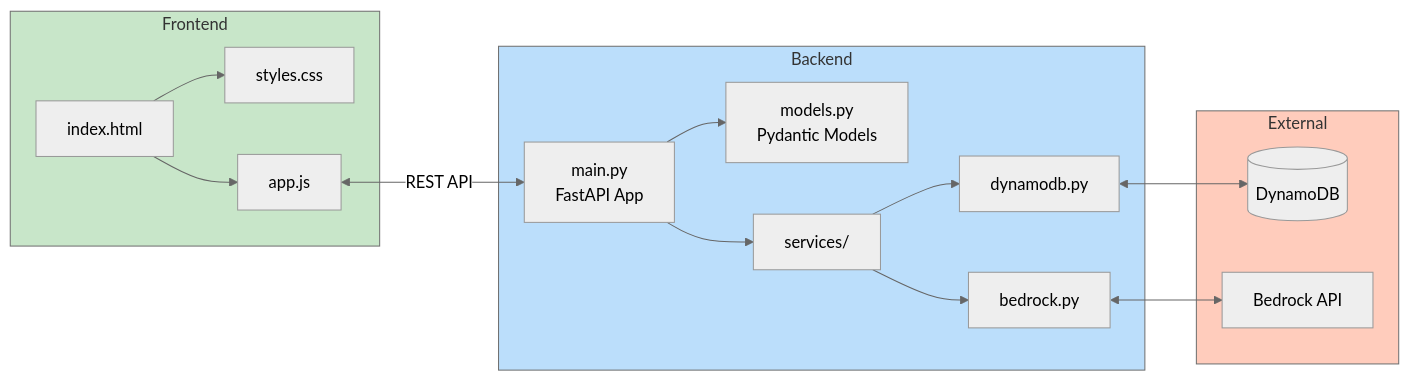
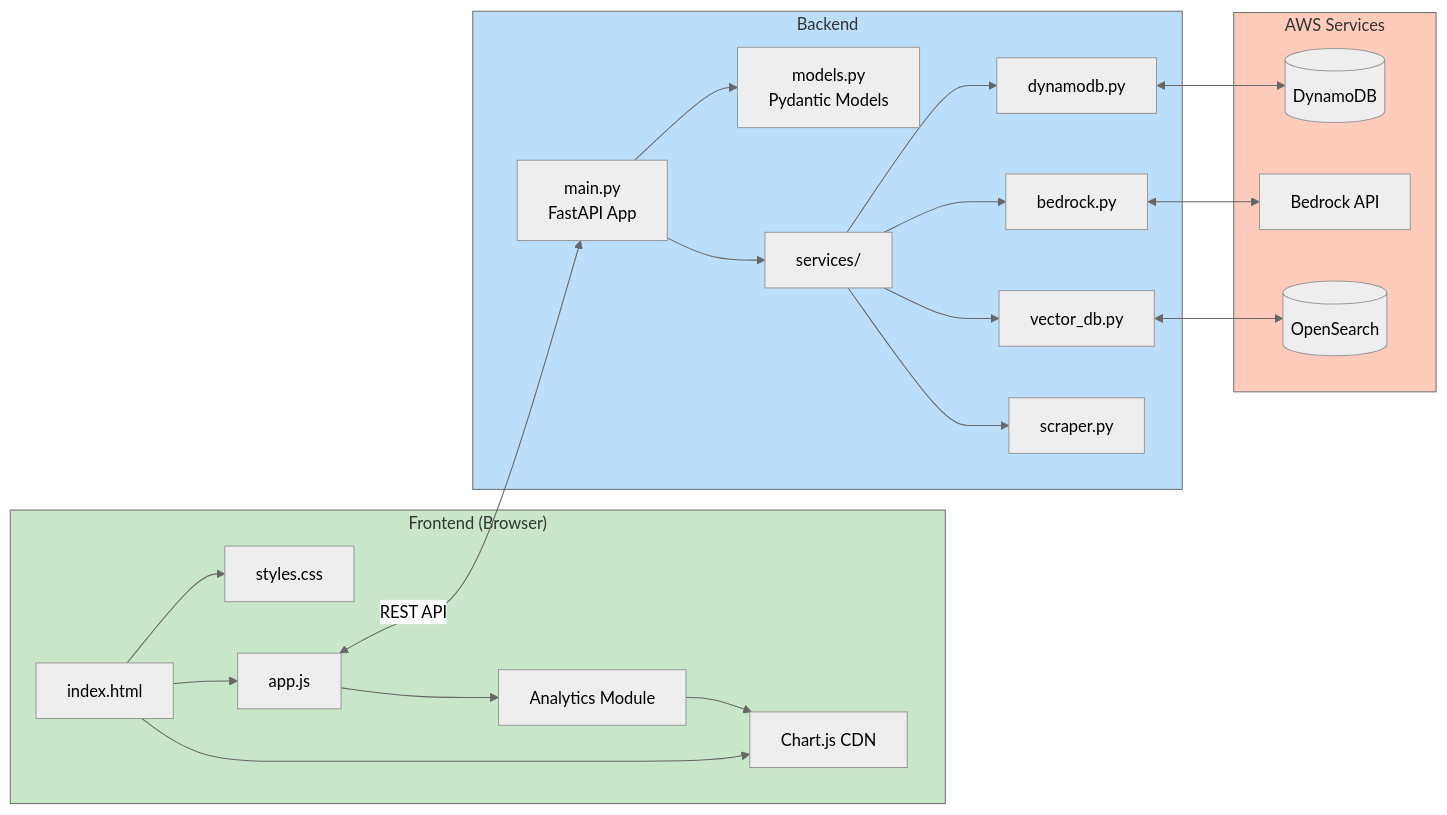
Before and after one commit to AlmazErmilov/aws-hack-prototype-terms-and-conditions-ass: the eighth of 11 diagrams in README.md, drawn with Mermaid (neutral theme). The commit also changed other lines of this file and 8 other files, not shown here.

First line of the commit message:
feat(frontend): add analytics dashboard with Chart.js visualizations

````diff
--- a/README.md
+++ b/README.md
@@ -122,27 +301,34 @@
 ```mermaid
 flowchart LR
-    subgraph Frontend
+    subgraph Frontend["Frontend (Browser)"]
         A[index.html] --> B[styles.css]
         A --> C[app.js]
+        A --> CH[Chart.js CDN]
+        C --> AN[Analytics Module]
+        AN --> CH
     end
 
     subgraph Backend
         D[main.py<br/>FastAPI App] --> E[models.py<br/>Pydantic Models]
         D --> F[services/]
         F --> G[bedrock.py]
         F --> H[dynamodb.py]
+        F --> V[vector_db.py]
+        F --> S[scraper.py]
     end
 
-    subgraph External
+    subgraph External["AWS Services"]
         I[(DynamoDB)]
         J[Bedrock API]
+        K[(OpenSearch)]
     end
 
     C <-->|REST API| D
     H <--> I
     G <--> J
+    V <--> K
 
     style Frontend fill:#c8e6c9
     style Backend fill:#bbdefb
     style External fill:#ffccbc
 ```
````
